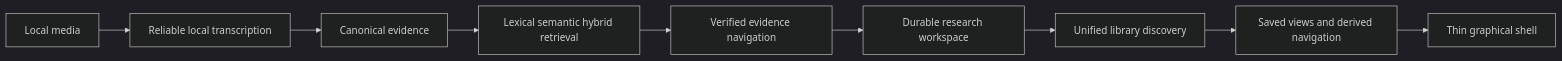
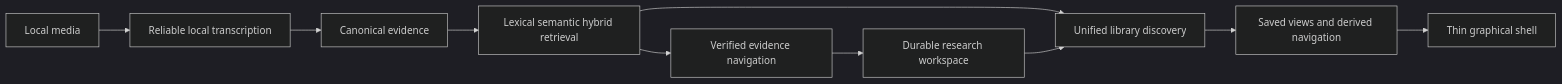
Before and after one commit to SSD1805/EchoFlow: the diagram in ROADMAP.md, drawn with Mermaid (dark theme). The commit also changed other lines of this file, not shown here.

Commit message:
docs: advance roadmap past unified discovery

````diff
--- a/ROADMAP.md
+++ b/ROADMAP.md
@@ -16,11 +16,12 @@
 ```mermaid
 flowchart LR
     A[Local media] --> B[Reliable local transcription]
     B --> C[Canonical evidence]
     C --> D[Lexical semantic hybrid retrieval]
     D --> E[Verified evidence navigation]
     E --> F[Durable research workspace]
-    F --> G[Unified library discovery]
+    D --> G[Unified library discovery]
+    F --> G
     G --> H[Saved views and derived navigation]
     H --> I[Thin graphical shell]
 ```
````
